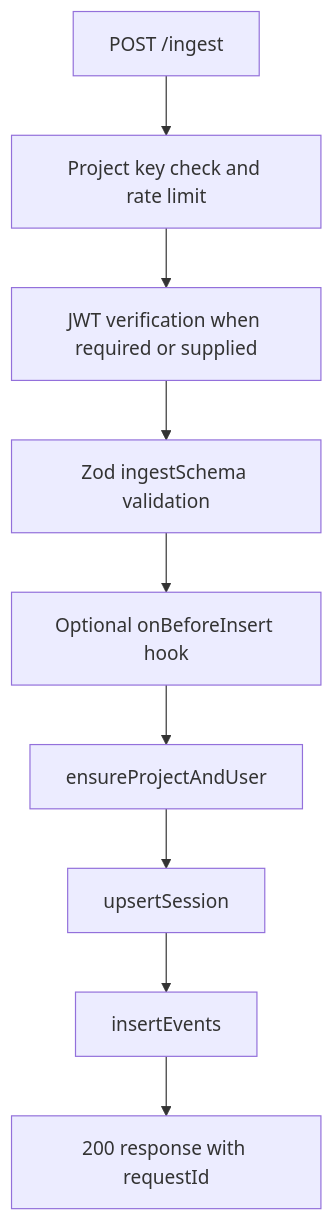
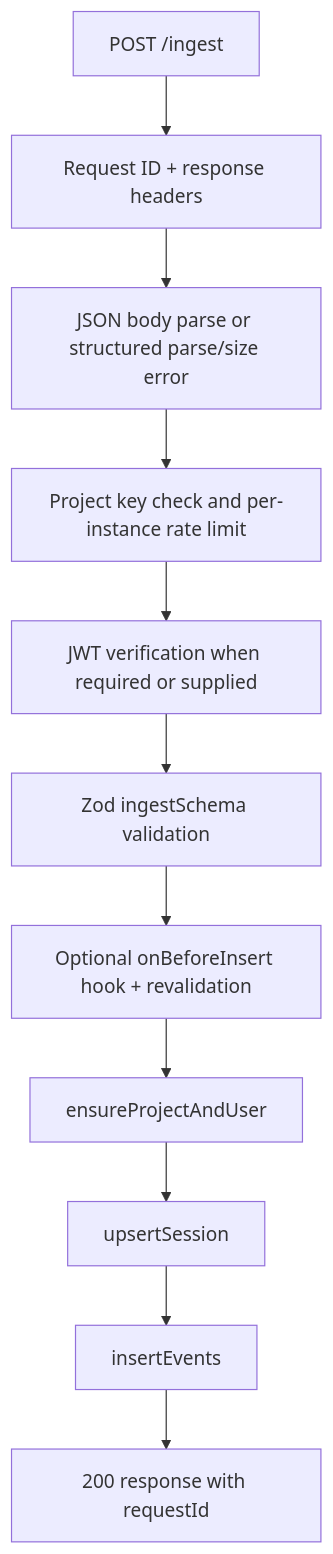
Before and after one commit to m-software-engineering/heat-tracker: the diagram in packages/heat-collector/ARCHITECTURE.md, drawn with Mermaid. The commit also changed other lines of this file and 5 other files, not shown here.

Commit message:
Update architecture and agent docs for reliability changes

````diff
--- a/packages/heat-collector/ARCHITECTURE.md
+++ b/packages/heat-collector/ARCHITECTURE.md
@@ -70,11 +72,13 @@
 ```mermaid
 flowchart TD
-  ingest["POST /ingest"] --> headers["Project key check and rate limit"]
+  ingest["POST /ingest"] --> requestContext["Request ID + response headers"]
+  requestContext --> json["JSON body parse or structured parse/size error"]
+  json --> headers["Project key check and per-instance rate limit"]
   headers --> jwt["JWT verification when required or supplied"]
   jwt --> validation["Zod ingestSchema validation"]
-  validation --> hook["Optional onBeforeInsert hook"]
+  validation --> hook["Optional onBeforeInsert hook + revalidation"]
   hook --> projectUser["ensureProjectAndUser"]
   projectUser --> session["upsertSession"]
   session --> events["insertEvents"]
   events --> response["200 response with requestId"]
 ```
````
